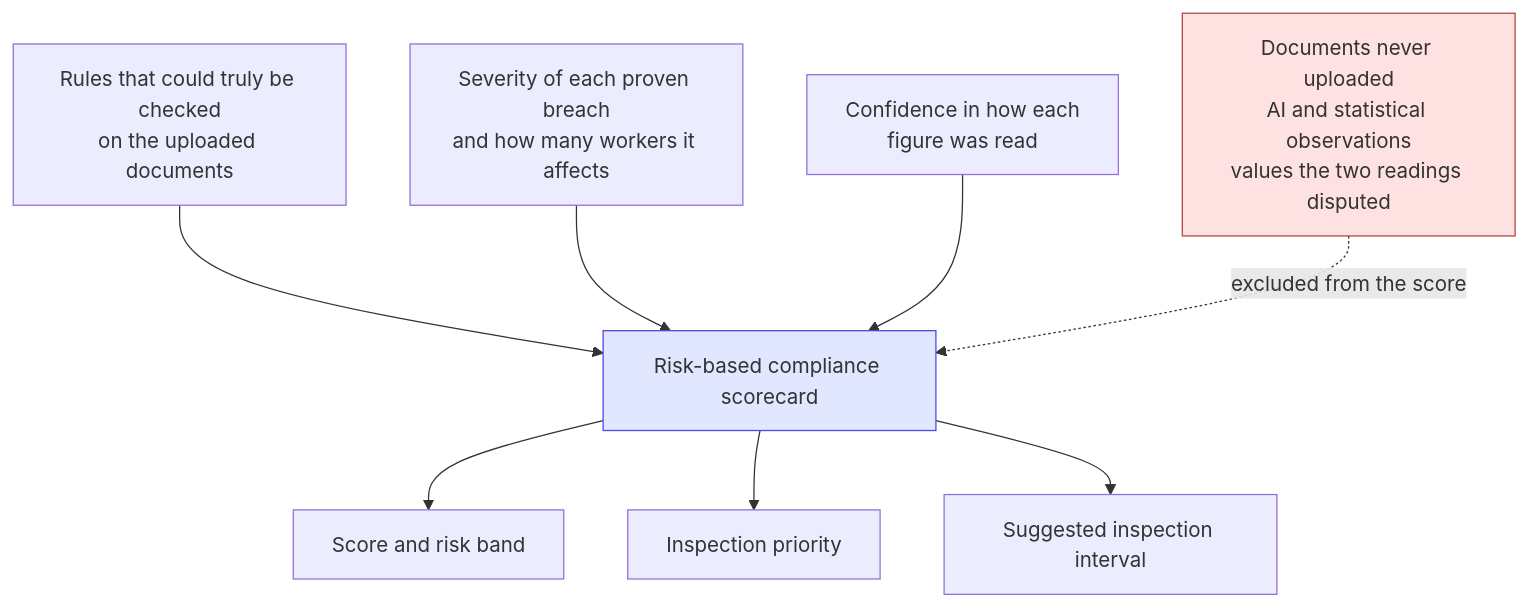
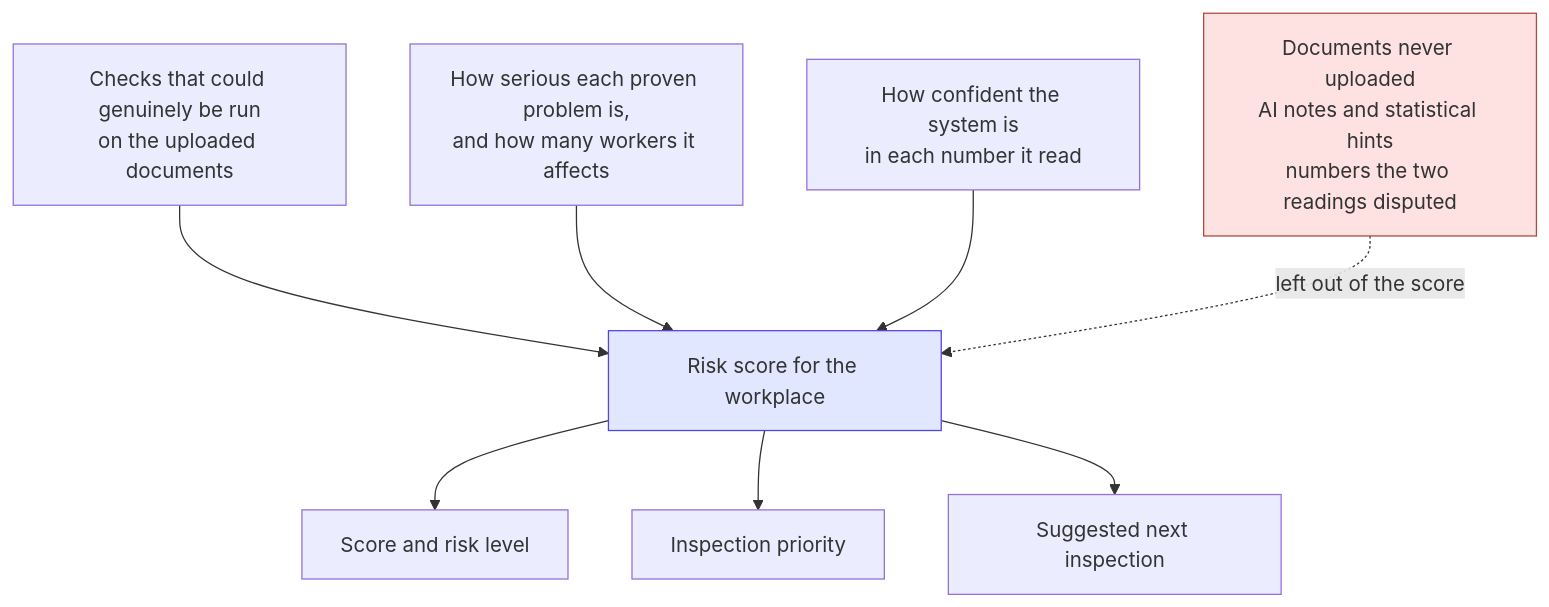
Before and after one commit to 23110572-hash/Shram-Drishti: the fifth of 5 diagrams in README.md, drawn with Mermaid. The commit also changed other lines of this file, not shown here.

````diff
--- a/README.md
+++ b/README.md
@@ -206,13 +225,13 @@
 ```mermaid
 flowchart TB
-    A["Rules that could truly be checked<br/>on the uploaded documents"] --> E["Risk-based compliance scorecard"]
-    B["Severity of each proven breach<br/>and how many workers it affects"] --> E
-    C["Confidence in how each<br/>figure was read"] --> E
-    D["Documents never uploaded<br/>AI and statistical observations<br/>values the two readings disputed"] -.->|excluded from the score| E
-    E --> F["Score and risk band"]
+    A["Checks that could genuinely be run<br/>on the uploaded documents"] --> E["Risk score for the workplace"]
+    B["How serious each proven problem is,<br/>and how many workers it affects"] --> E
+    C["How confident the system is<br/>in each number it read"] --> E
+    D["Documents never uploaded<br/>AI notes and statistical hints<br/>numbers the two readings disputed"] -.->|left out of the score| E
+    E --> F["Score and risk level"]
     E --> G["Inspection priority"]
-    E --> H["Suggested inspection interval"]
+    E --> H["Suggested next inspection"]
 
     style D fill:#fde2e1,stroke:#b04a3e
     style E fill:#e0e7ff,stroke:#4f46e5
 ```
````
